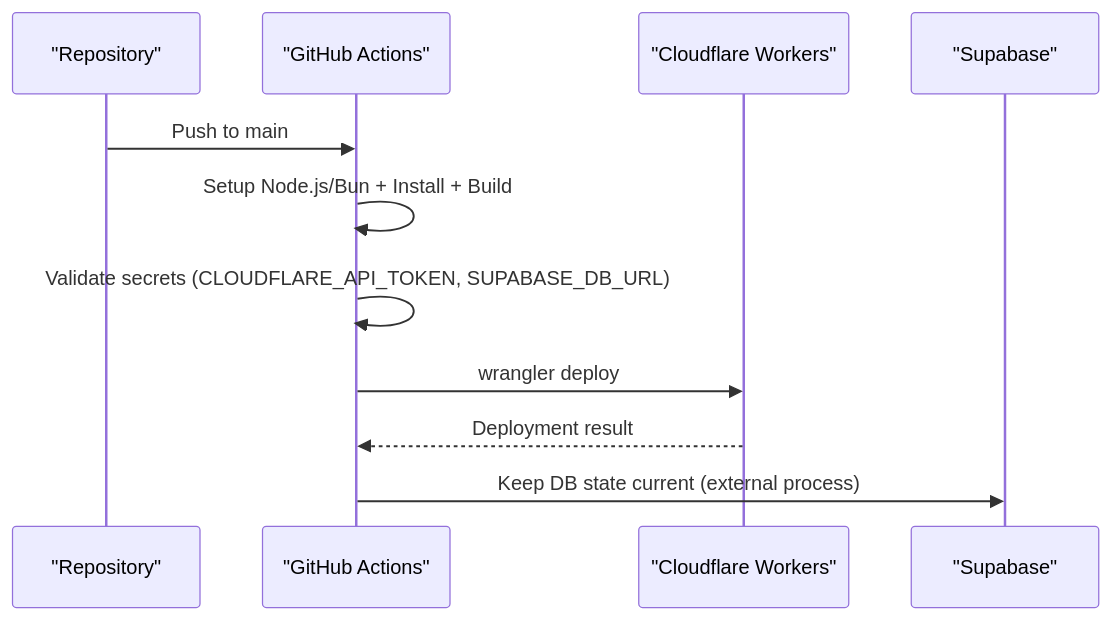
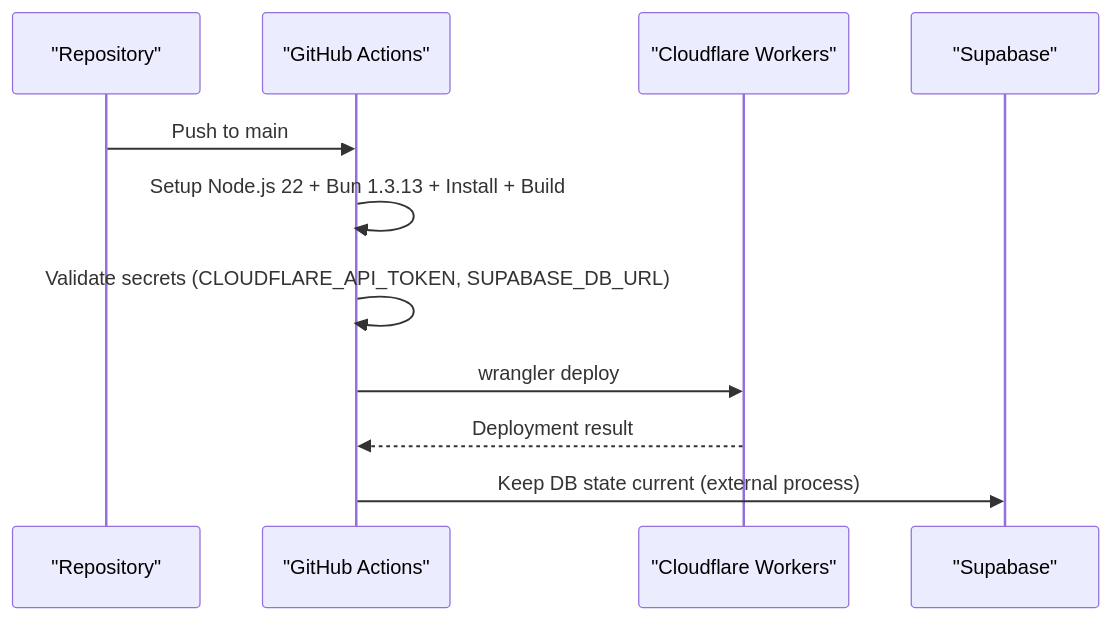
Before and after one commit to gastaldellomarco/pcReady: the fifth of 9 diagrams in .qoder/repowiki/en/content/Deployment and DevOps.md, drawn with Mermaid. The commit also changed other lines of this file and 16 other files, not shown here.

````diff
--- a/.qoder/repowiki/en/content/Deployment and DevOps.md
+++ b/.qoder/repowiki/en/content/Deployment and DevOps.md
@@ -189,13 +204,13 @@
 ```mermaid
 sequenceDiagram
 participant Repo as "Repository"
 participant GA as "GitHub Actions"
 participant CF as "Cloudflare Workers"
 participant SB as "Supabase"
 Repo->>GA : Push to main
-GA->>GA : Setup Node.js/Bun + Install + Build
+GA->>GA : Setup Node.js 22 + Bun 1.3.13 + Install + Build
 GA->>GA : Validate secrets (CLOUDFLARE_API_TOKEN, SUPABASE_DB_URL)
 GA->>CF : wrangler deploy
 CF-->>GA : Deployment result
 GA->>SB : Keep DB state current (external process)
 ```
````
